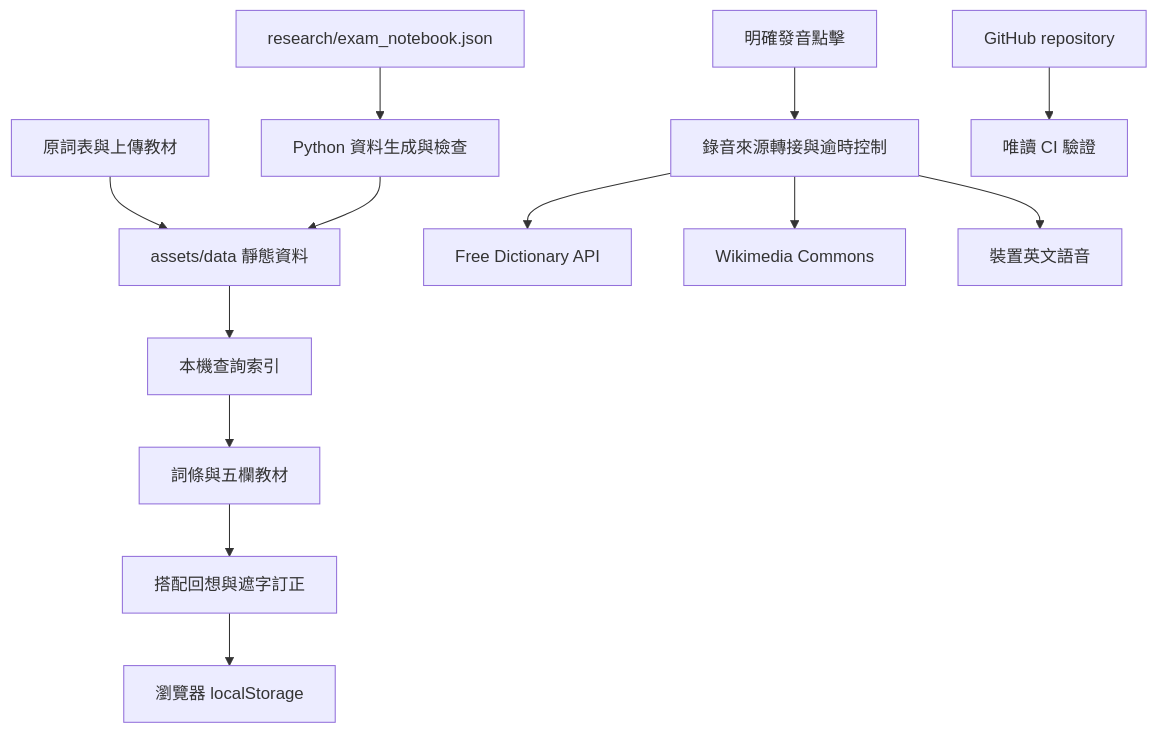
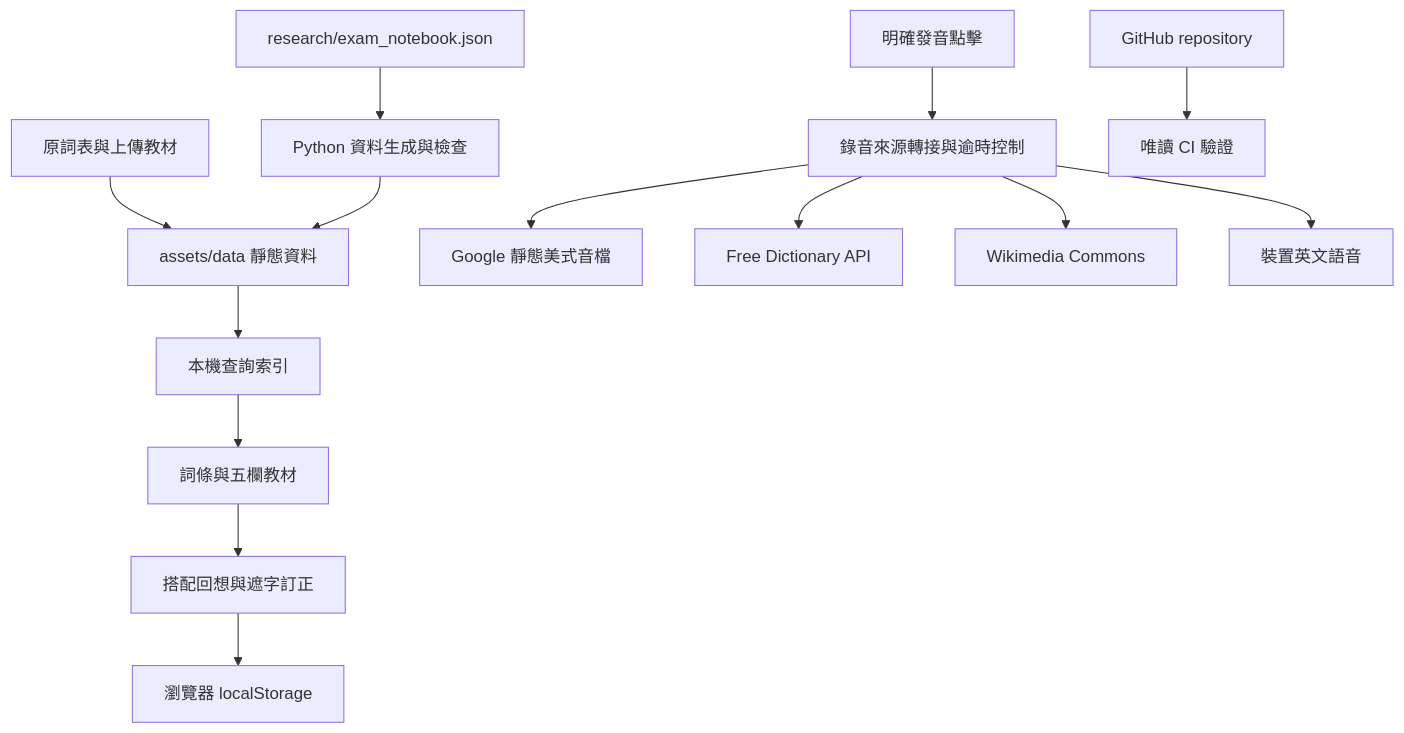
One commit to jasoart/E changed the diagram in docs/ARCHITECTURE.md. Above: the diagram before and after it, drawn with Mermaid. The commit also changed other lines of this file and 22 other files, not shown here.

````diff
--- a/docs/ARCHITECTURE.md
+++ b/docs/ARCHITECTURE.md
@@ -5,15 +5,16 @@
 ```mermaid
 flowchart TD
     Source[原詞表與上傳教材] --> Data[assets/data 靜態資料]
     Notes[research/exam_notebook.json] --> Build[Python 資料生成與檢查]
     Build --> Data
     Data --> Index[本機查詢索引]
     Index --> UI[詞條與五欄教材]
     UI --> Practice[搭配回想與遮字訂正]
     Practice --> Storage[瀏覽器 localStorage]
     Click[明確發音點擊] --> Audio[錄音來源轉接與逾時控制]
+    Audio --> Gstatic[Google 靜態美式音檔]
     Audio --> Dictionary[Free Dictionary API]
     Audio --> Commons[Wikimedia Commons]
     Audio --> Device[裝置英文語音]
     Repo[GitHub repository] --> CI[唯讀 CI 驗證]
 ```
````
